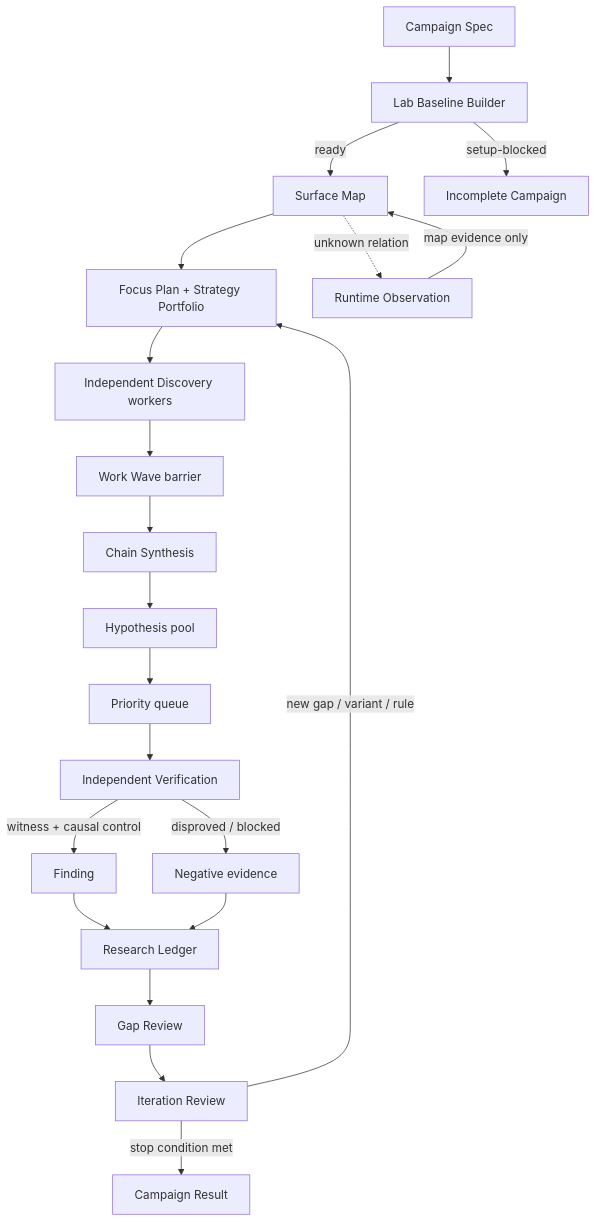
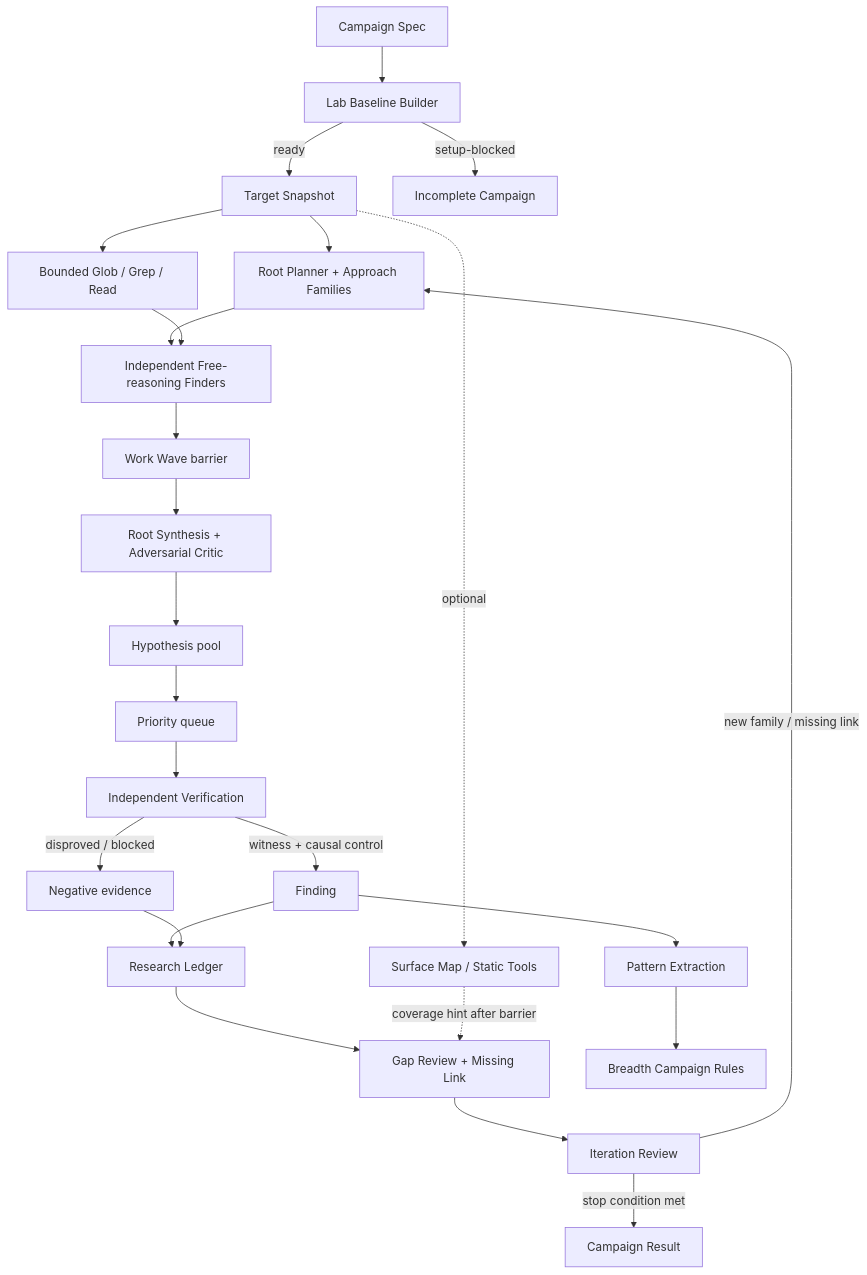
One commit to momoponwork1415-lgtm/wordpress-harness changed the diagram in docs/design/architecture.md. Above: the diagram before and after it, drawn with Mermaid. The commit also changed other lines of this file and 49 other files, not shown here.

````diff
--- a/docs/design/architecture.md
+++ b/docs/design/architecture.md
@@ -97,23 +99,27 @@
 ```mermaid
 flowchart TB
     spec[Campaign Spec] --> setup[Lab Baseline Builder]
-    setup -->|ready| map[Surface Map]
+    setup -->|ready| snapshot[Target Snapshot]
     setup -->|setup-blocked| result[Incomplete Campaign]
-    map --> plan[Focus Plan + Strategy Portfolio]
-    map -. unknown relation .-> observe[Runtime Observation]
-    observe -->|map evidence only| map
-    plan --> discover[Independent Discovery workers]
+    snapshot --> plan[Root Planner + Approach Families]
+    snapshot --> tools[Bounded Glob / Grep / Read]
+    plan --> discover[Independent Free-reasoning Finders]
+    tools --> discover
     discover --> wave[Work Wave barrier]
-    wave --> chain[Chain Synthesis]
+    wave --> chain[Root Synthesis + Adversarial Critic]
     chain --> hypotheses[Hypothesis pool]
     hypotheses --> rank[Priority queue]
     rank --> verify[Independent Verification]
     verify -->|witness + causal control| finding[Finding]
     verify -->|disproved / blocked| outcome[Negative evidence]
     finding --> ledger[Research Ledger]
     outcome --> ledger
-    ledger --> gap[Gap Review]
+    ledger --> gap[Gap Review + Missing Link]
     gap --> learn[Iteration Review]
-    learn -->|new gap / variant / rule| plan
+    learn -->|new family / missing link| plan
     learn -->|stop condition met| result2[Campaign Result]
+    snapshot -. optional .-> map[Surface Map / Static Tools]
+    map -. coverage hint after barrier .-> gap
+    finding --> pattern[Pattern Extraction]
+    pattern --> breadth[Breadth Campaign Rules]
 ```
````
